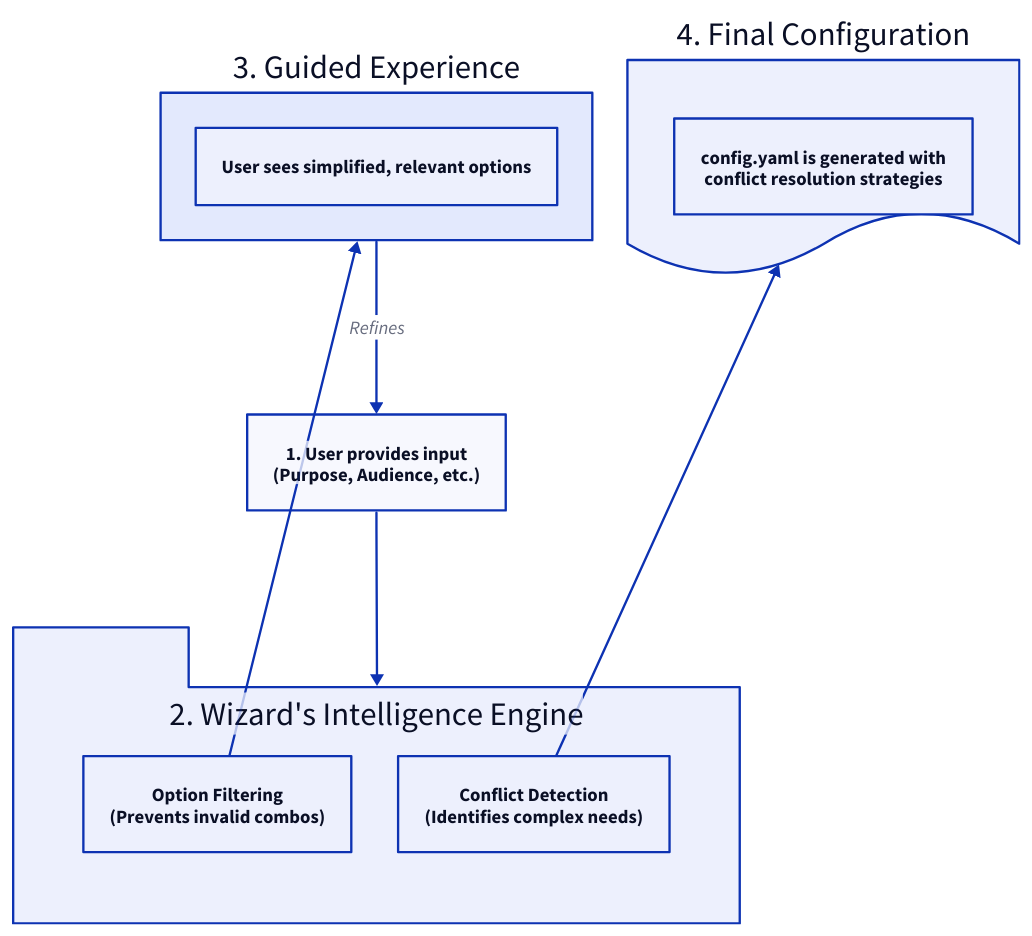
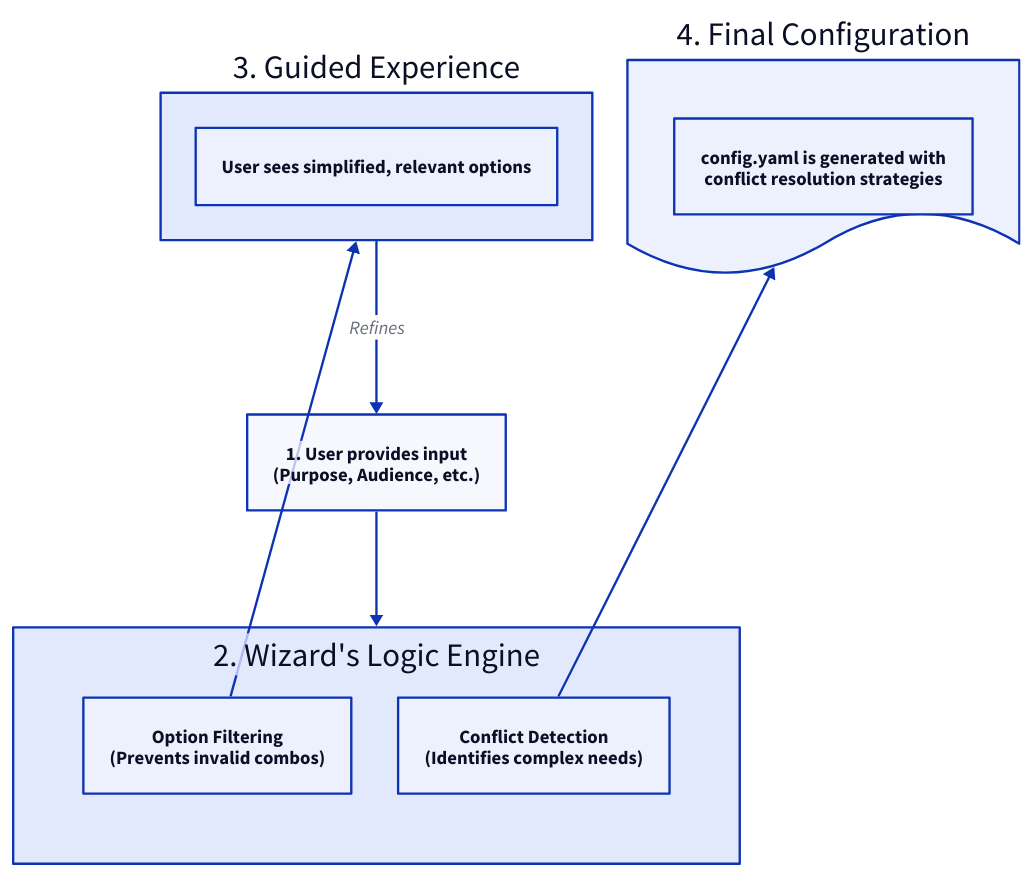
One commit to AIGNE-io/aigne-doc-smith changed the diagram in docs/configuration-interactive-setup.md. Above: the diagram before and after it, drawn with D2. The commit also changed other lines of this file and 35 other files, not shown here.

````diff
--- a/docs/configuration-interactive-setup.md
+++ b/docs/configuration-interactive-setup.md
@@ -32,39 +32,39 @@
 ```d2
 direction: down
 
 User-Selections: {
   label: "1. User provides input\n(Purpose, Audience, etc.)"
   shape: rectangle
 }
 
-Wizard-Intelligence: {
-  label: "2. Wizard's Intelligence Engine"
-  shape: package
+Wizard-Engine: {
+  label: "2. Wizard's Logic Engine"
+  shape: rectangle
   grid-columns: 2
 
   Filtering: {
     label: "Option Filtering\n(Prevents invalid combos)"
   }
 
   Conflict-Detection: {
     label: "Conflict Detection\n(Identifies complex needs)"
   }
 }
 
 Guided-Experience: {
   label: "3. Guided Experience"
   shape: rectangle
   content: "User sees simplified, relevant options"
 }
 
 Final-Config: {
   label: "4. Final Configuration"
   shape: document
   content: "config.yaml is generated with\nconflict resolution strategies"
 }
 
-User-Selections -> Wizard-Intelligence
-Wizard-Intelligence.Filtering -> Guided-Experience
-Wizard-Intelligence.Conflict-Detection -> Final-Config
+User-Selections -> Wizard-Engine
+Wizard-Engine.Filtering -> Guided-Experience
+Wizard-Engine.Conflict-Detection -> Final-Config
 Guided-Experience -> User-Selections: "Refines"
 ```
````
